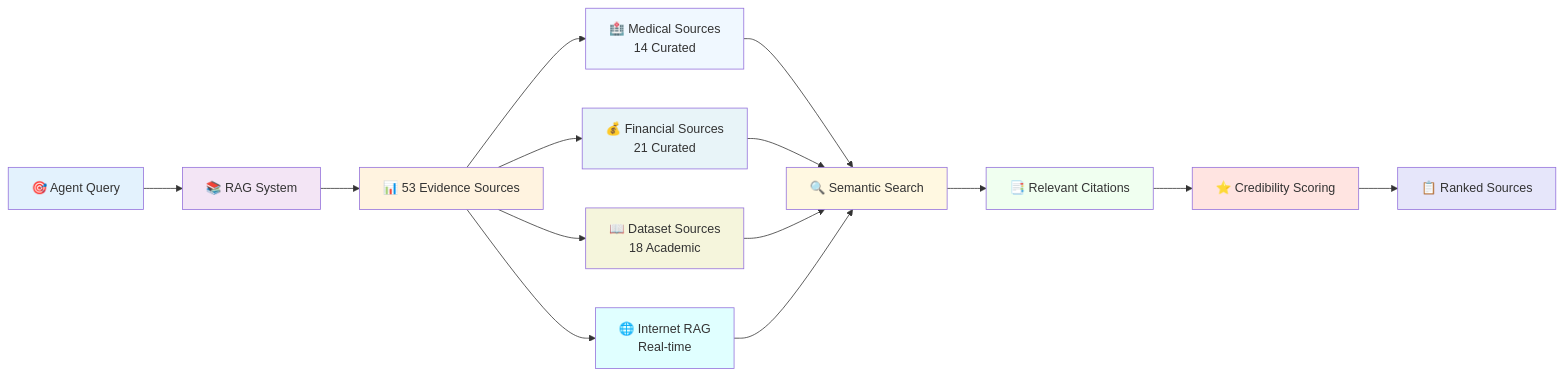
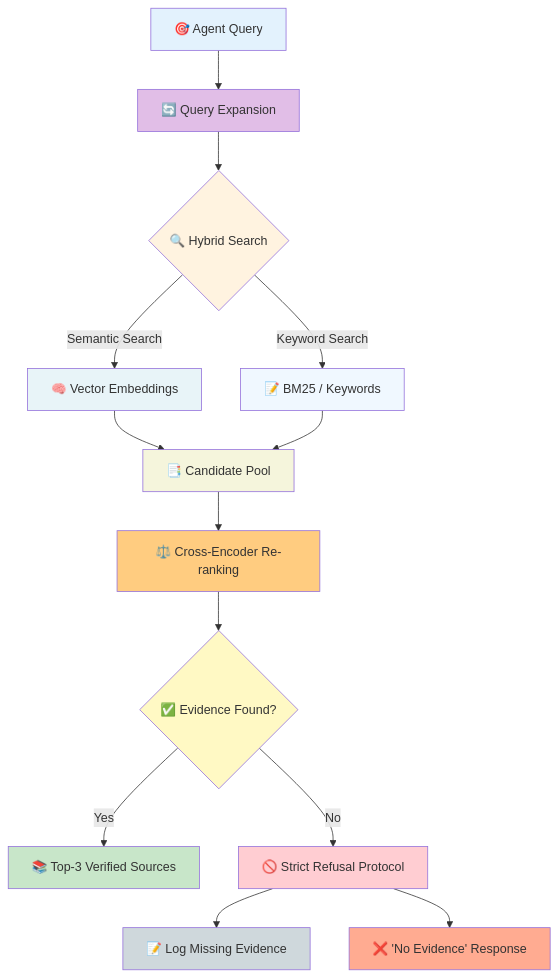
The fifth of 10 diagrams in README.md (somesh-ghaturle/Fair-Agent), drawn with Mermaid before and after one commit. The commit also changed other lines of this file and 10 other files, not shown here.

````diff
--- a/README.md
+++ b/README.md
@@ -136,31 +140,33 @@
 ```mermaid
-flowchart LR
-    A[🎯 Agent Query] --> B[📚 RAG System]
-    B --> C[📊 53 Evidence Sources]
+flowchart TD
+    A[🎯 Agent Query] --> B[🔄 Query Expansion]
+    B --> C{🔍 Hybrid Search}
     
-    C --> D[🏥 Medical Sources<br/>14 Curated]
-    C --> E[💰 Financial Sources<br/>21 Curated]
-    C --> F[📖 Dataset Sources<br/>18 Academic]
-    C --> G[🌐 Internet RAG<br/>Real-time]
+    C -->|Semantic Search| D[🧠 Vector Embeddings]
+    C -->|Keyword Search| E[📝 BM25 / Keywords]
     
-    D --> H[🔍 Semantic Search]
-    E --> H
-    F --> H
-    G --> H
+    D --> F[📑 Candidate Pool]
+    E --> F
     
-    H --> I[📑 Relevant Citations]
-    I --> J[⭐ Credibility Scoring]
-    J --> K[📋 Ranked Sources]
+    F --> G[⚖️ Cross-Encoder Re-ranking]
+    G --> H{✅ Evidence Found?}
+    
+    H -->|Yes| I[📚 Top-3 Verified Sources]
+    H -->|No| J[🚫 Strict Refusal Protocol]
+    
+    J --> K[📝 Log Missing Evidence]
+    J --> L[❌ 'No Evidence' Response]
     
     style A fill:#e3f2fd
-    style B fill:#f3e5f5
+    style B fill:#e1bee7
     style C fill:#fff3e0
-    style D fill:#f0f8ff
-    style E fill:#e8f4f8
+    style D fill:#e8f4f8
+    style E fill:#f0f8ff
     style F fill:#f5f5dc
-    style G fill:#e0ffff
-    style H fill:#fff8e1
-    style I fill:#f0fff0
-    style J fill:#ffe4e1
-    style K fill:#e6e6fa
+    style G fill:#ffcc80
+    style H fill:#fff9c4
+    style I fill:#c8e6c9
+    style J fill:#ffcdd2
+    style K fill:#cfd8dc
+    style L fill:#ffab91
 ```
````
